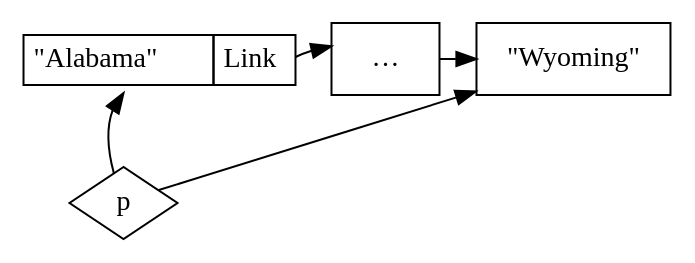
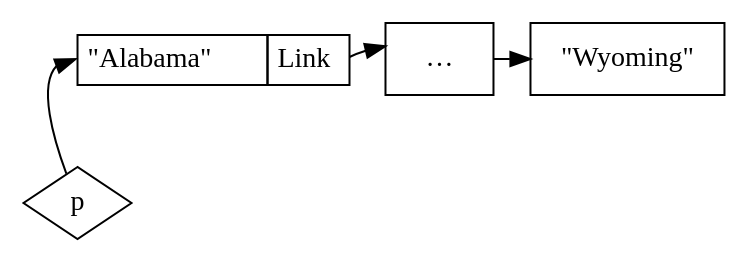
The diagram in list.dot (ronan-d/separation-logic-presentation), drawn with Graphviz before and after one commit.

Commit message:
Checkpoint

```diff
--- a/list.dot
+++ b/list.dot
@@ -1,28 +1,28 @@
 digraph List {
     rankdir = BT;
 
     p [shape = diamond, label = p, group = "first"]
 
     node [shape=box];
 
     subgraph cells {
         rank=same;
 
         c1 [group = "first", shape=plaintext, margin=0, label = <
             <TABLE BORDER="0" CELLBORDER="1" CELLSPACING="0" CELLPADDING="4">
                 <TR>
                     <TD> "Alabama" </TD>
                     <TD PORT="link">Link</TD>
                 </TR>
             </TABLE>
         >]
         c2 [label = "…"]
         c3 [label = "\"Wyoming\""]
 
         c1 -> c2 [tailclip = false, tailport = link];
         c2 -> c3;
     }
 
-    p -> c1 [headport = sw];
-    p -> c3;
+    p -> c1 [headport = w];
+    // p -> c3;
 }
```
